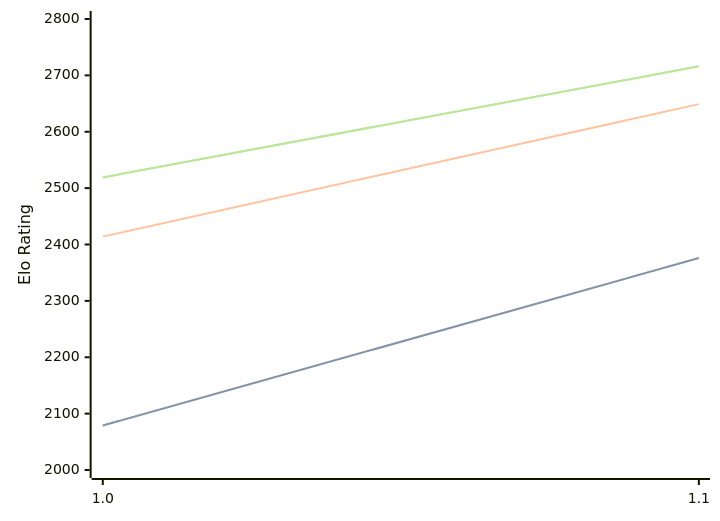
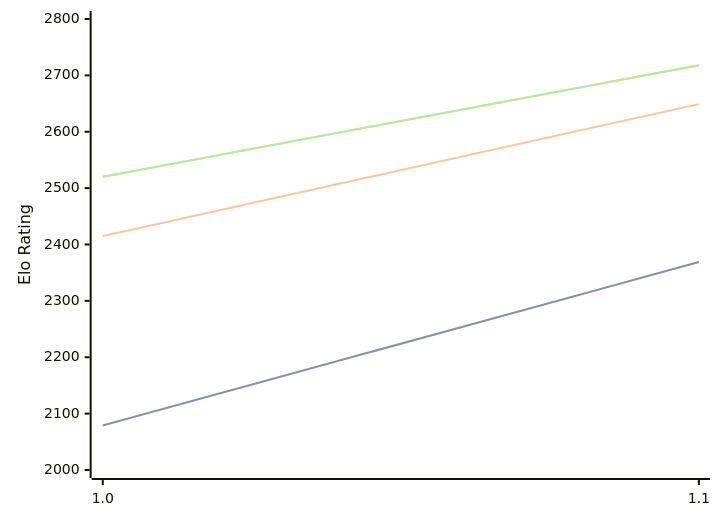
The diagram in engines/Erinn.md (computer-chess-index/cci), drawn with Mermaid before and after one commit. The commit also changed other lines of this file, not shown here.

Commit message:
Update CCI Ratings (ELO VLTC) - 2026-08-15

````diff
--- a/engines/Erinn.md
+++ b/engines/Erinn.md
@@ -32,11 +32,11 @@
 ```mermaid
 %%{init: {"theme":"base","themeVariables":{"seriesColors:['#a3a3a3','#222221','#faa371']}}}%%
 xychart-beta
   x-axis ["1.0", "1.1"]
   y-axis "Elo Rating" 2000 --> 2800
-  line "STC (8.0+0.08s)" [2079, 2376]
-  line "STC (8.0+0.08s)" [2079, 2376]
-  line "LTC (60.0+0.60s)" [2414, 2649]
-  line "VLTC (2m24s+1.12s)" [2519, 2716]
-  line "VLTC (2m24s+1.12s)" [2519, 2716]
+  line "STC (8.0+0.08s)" [2079, 2369]
+  line "STC (8.0+0.08s)" [2079, 2369]
+  line "LTC (60.0+0.60s)" [2415, 2649]
+  line "VLTC (2m24s+1.12s)" [2520, 2718]
+  line "VLTC (2m24s+1.12s)" [2520, 2718]
 ```
````
